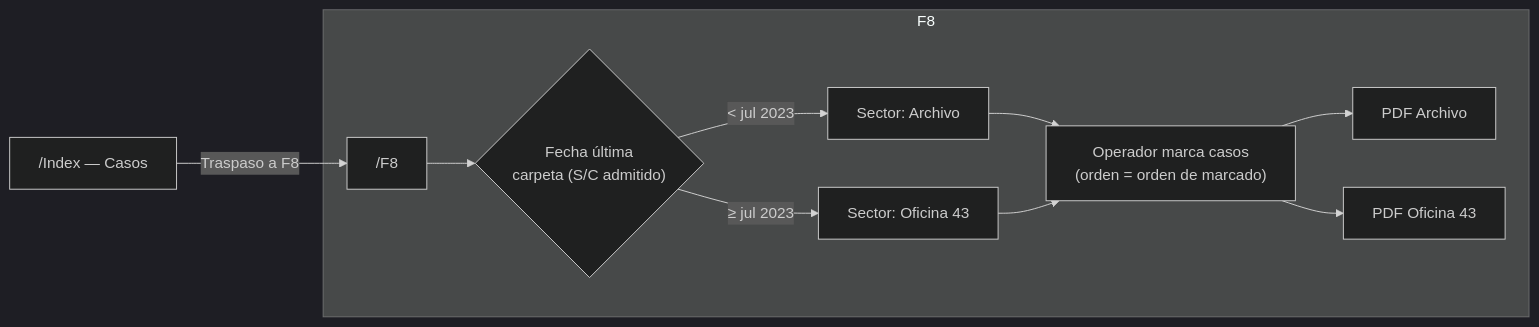
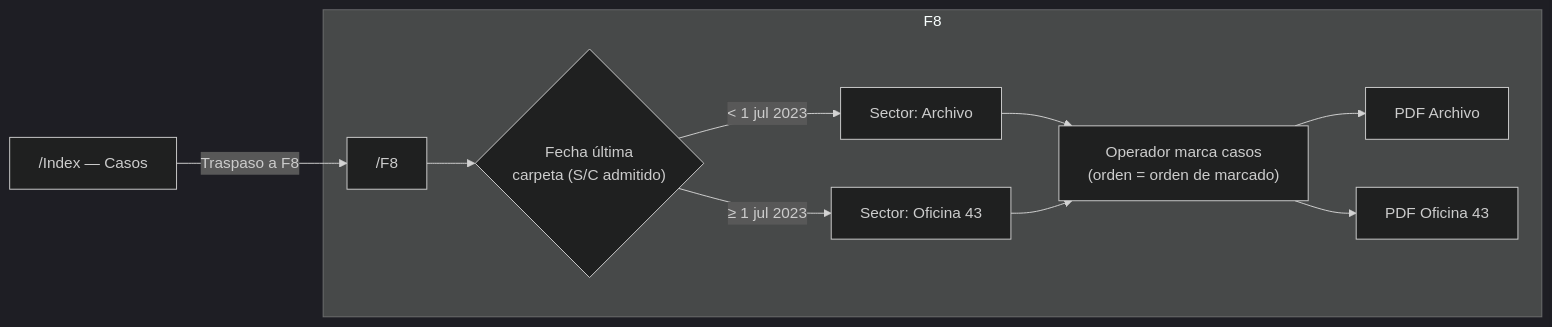
One commit to corsal2025/cambio-de-domicilio changed the fifth of 7 diagrams in docs/diagrama-sistema.md. Above: the diagram before and after it, drawn with Mermaid (dark theme). The commit also changed other lines of this file and 11 other files, not shown here.

````diff
--- a/docs/diagrama-sistema.md
+++ b/docs/diagrama-sistema.md
@@ -106,14 +148,14 @@
 ```mermaid
 flowchart LR
     CASOS["/Index — Casos"] -->|"Traspaso a F8"| F8["/F8"]
 
     subgraph F8flow["F8"]
         F8 --> F8sector{"Fecha última<br/>carpeta (S/C admitido)"}
-        F8sector -->|"< jul 2023"| ARCH["Sector: Archivo"]
-        F8sector -->|"≥ jul 2023"| OF43["Sector: Oficina 43"]
+        F8sector -->|"< 1 jul 2023"| ARCH["Sector: Archivo"]
+        F8sector -->|"≥ 1 jul 2023"| OF43["Sector: Oficina 43"]
         ARCH --> MARCA["Operador marca casos<br/>(orden = orden de marcado)"]
         OF43 --> MARCA
         MARCA --> PDFARCH["PDF Archivo"]
         MARCA --> PDFOF43["PDF Oficina 43"]
     end
 ```
````
